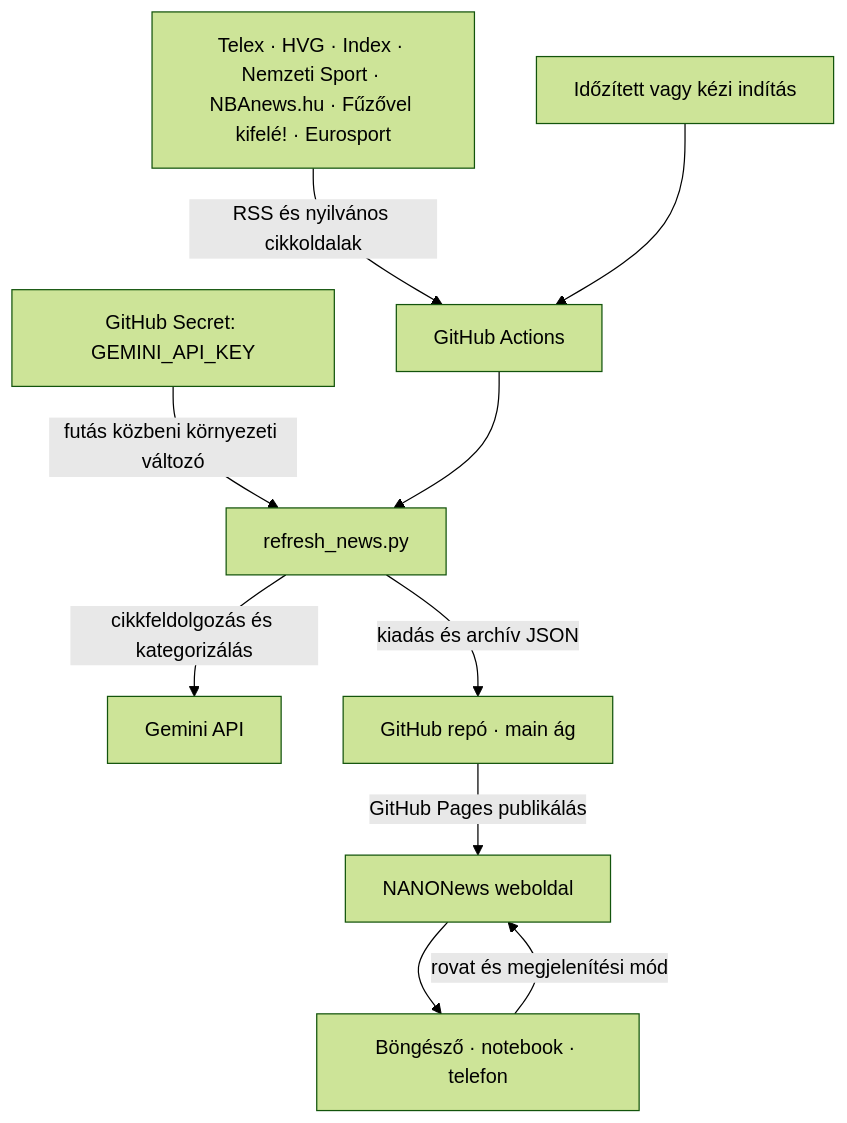
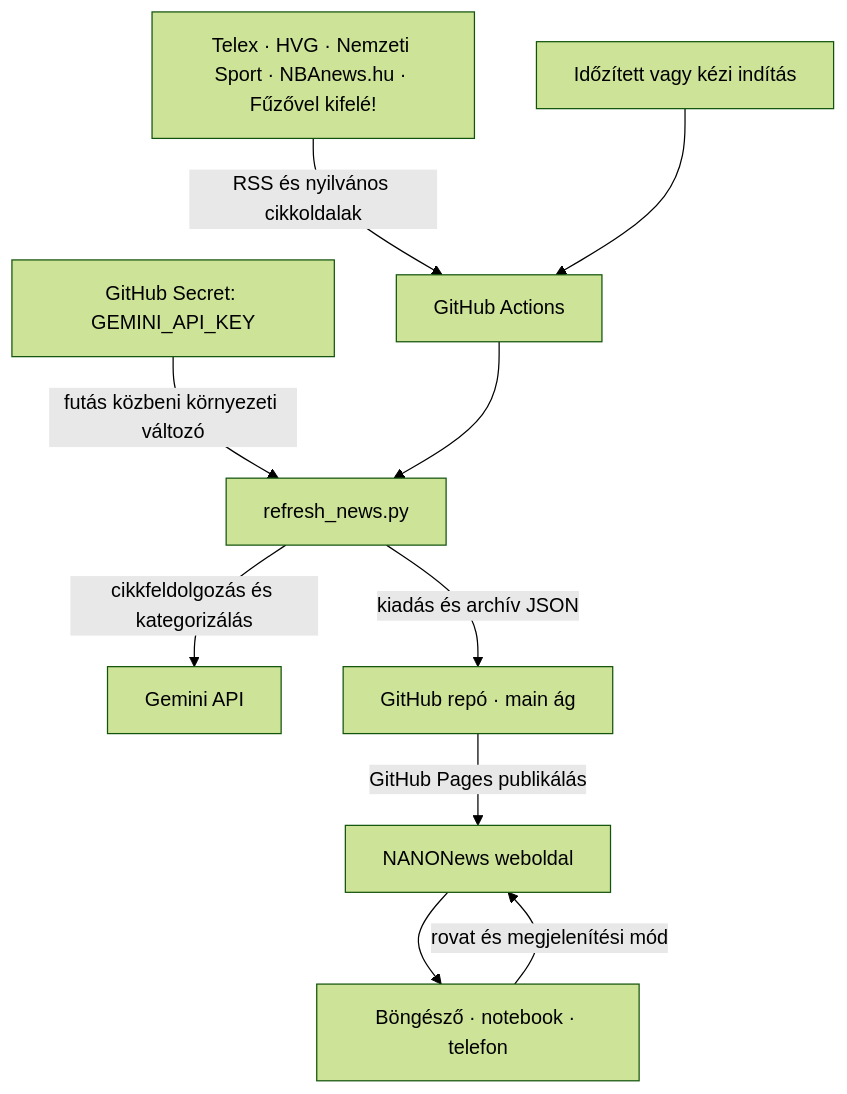
One commit to ngynrbrt-prog/nanonews changed the first of 5 diagrams in Dokumentumok/NANONews-mukodesi-leiras.md. Above: the diagram before and after it, drawn with Mermaid (forest theme). The commit also changed other lines of this file, not shown here.

````diff
--- a/Dokumentumok/NANONews-mukodesi-leiras.md
+++ b/Dokumentumok/NANONews-mukodesi-leiras.md
@@ -27,12 +27,12 @@
 ```mermaid
 flowchart TD
-  sources["Telex · HVG · Index · Nemzeti Sport · NBAnews.hu · Fűzővel kifelé! · Eurosport"] -->|RSS és nyilvános cikkoldalak| actions["GitHub Actions"]
+  sources["Telex · HVG · Nemzeti Sport · NBAnews.hu · Fűzővel kifelé!"] -->|RSS és nyilvános cikkoldalak| actions["GitHub Actions"]
   schedule["Időzített vagy kézi indítás"] --> actions
   secret["GitHub Secret: GEMINI_API_KEY"] -->|futás közbeni környezeti változó| worker["refresh_news.py"]
   actions --> worker
   worker -->|cikkfeldolgozás és kategorizálás| gemini["Gemini API"]
   worker -->|kiadás és archív JSON| repo["GitHub repó · main ág"]
   repo -->|GitHub Pages publikálás| site["NANONews weboldal"]
   site --> devices["Böngésző · notebook · telefon"]
   devices -->|rovat és megjelenítési mód| site
 ```
````
